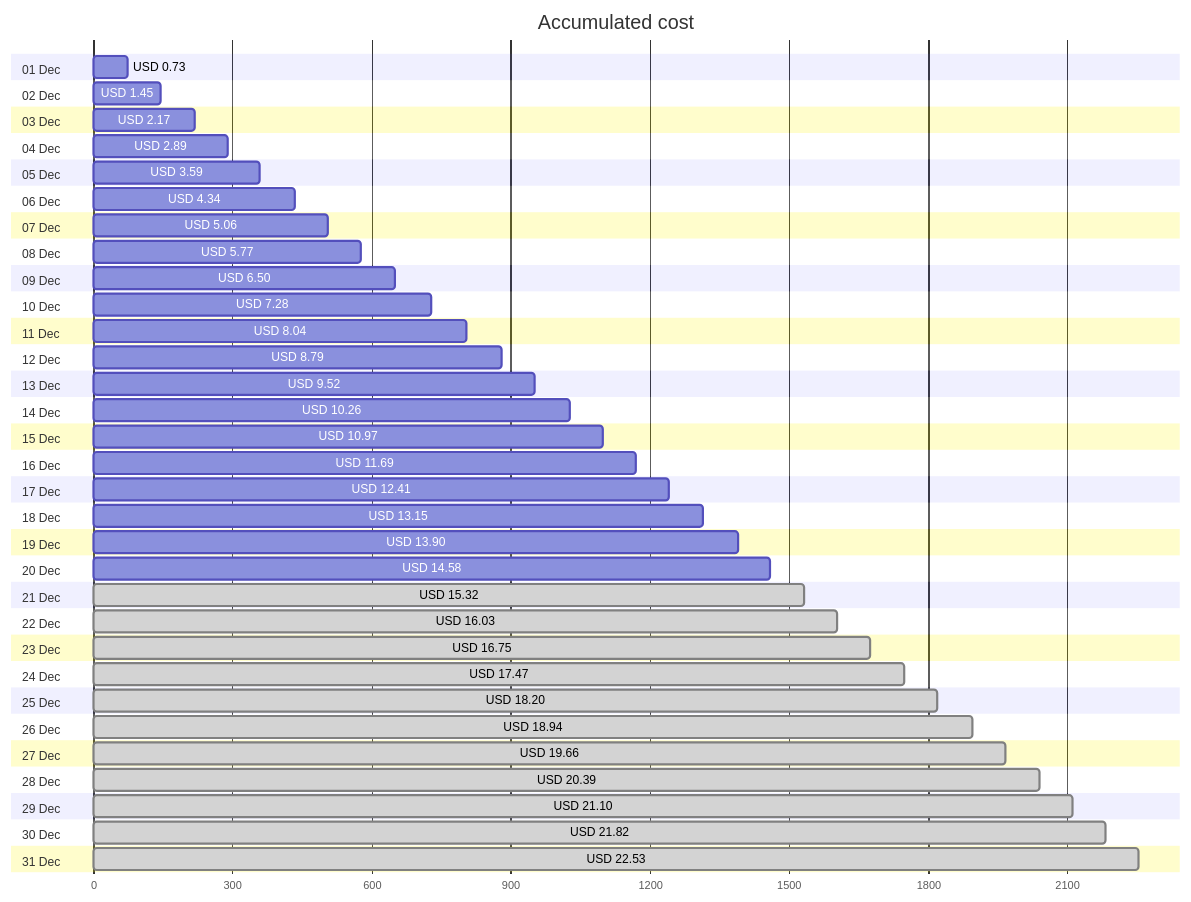
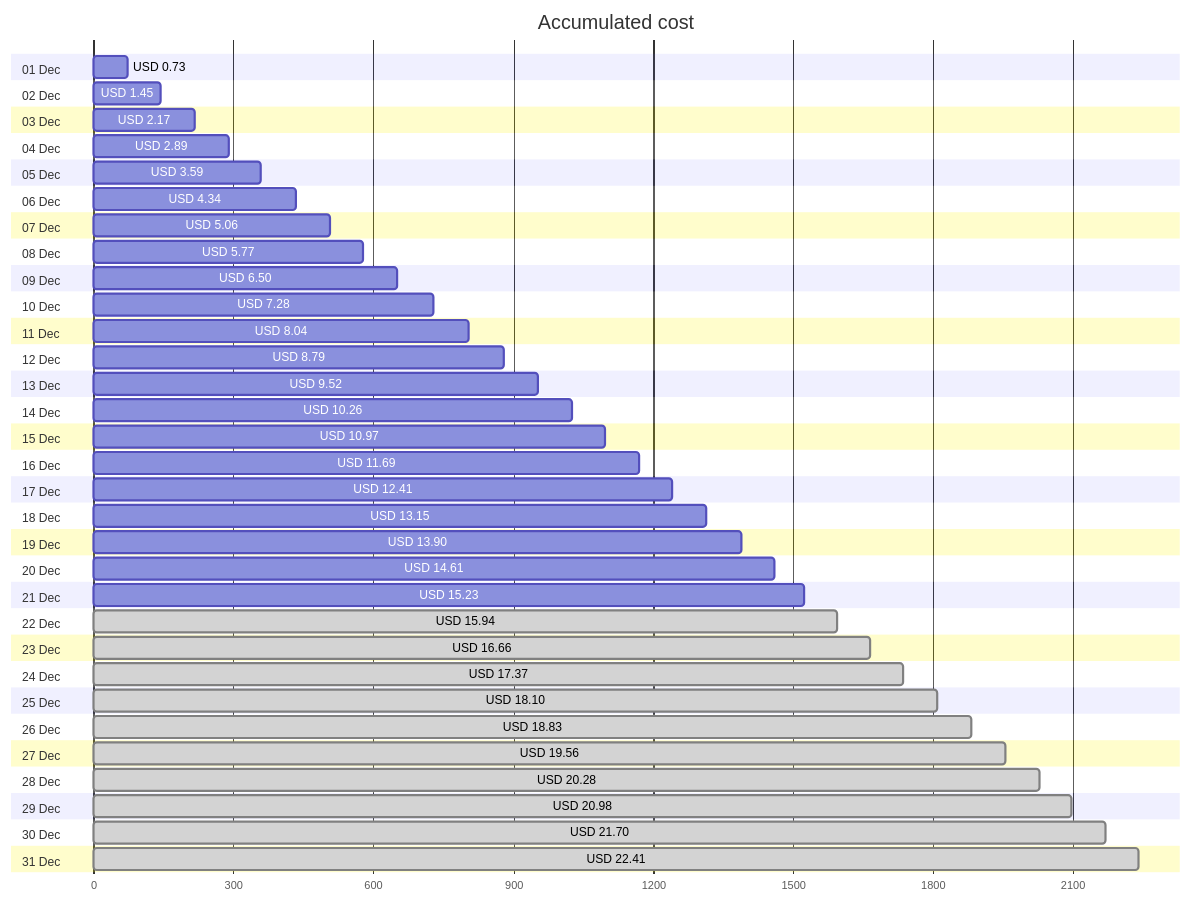
Before and after one commit to jpfulton/azure-personal-reports: the first of 4 diagrams in cost-reports/personal-network/backup-server-data-disk.md, drawn with Mermaid. The commit also changed other lines of this file and 8 other files, not shown here.

````diff
--- a/cost-reports/personal-network/backup-server-data-disk.md
+++ b/cost-reports/personal-network/backup-server-data-disk.md
@@ -20,68 +20,68 @@
 ```mermaid
 gantt
    title Accumulated cost
    dateFormat  X
    axisFormat %s
    section 01 Dec
    USD 0.73 :0, 73
    section 02 Dec
    USD 1.45 :0, 145
    section 03 Dec
    USD 2.17 :0, 217
    section 04 Dec
    USD 2.89 :0, 289
    section 05 Dec
    USD 3.59 :0, 359
    section 06 Dec
    USD 4.34 :0, 434
    section 07 Dec
    USD 5.06 :0, 506
    section 08 Dec
    USD 5.77 :0, 577
    section 09 Dec
    USD 6.50 :0, 650
    section 10 Dec
    USD 7.28 :0, 728
    section 11 Dec
    USD 8.04 :0, 804
    section 12 Dec
    USD 8.79 :0, 879
    section 13 Dec
    USD 9.52 :0, 952
    section 14 Dec
    USD 10.26 :0, 1026
    section 15 Dec
    USD 10.97 :0, 1097
    section 16 Dec
    USD 11.69 :0, 1169
    section 17 Dec
    USD 12.41 :0, 1241
    section 18 Dec
    USD 13.15 :0, 1315
    section 19 Dec
    USD 13.90 :0, 1390
    section 20 Dec
-   USD 14.58 :0, 1458
+   USD 14.61 :0, 1461
    section 21 Dec
-   USD 15.32 : done, 0, 1532
+   USD 15.23 :0, 1523
    section 22 Dec
-   USD 16.03 : done, 0, 1603
+   USD 15.94 : done, 0, 1594
    section 23 Dec
-   USD 16.75 : done, 0, 1675
+   USD 16.66 : done, 0, 1666
    section 24 Dec
-   USD 17.47 : done, 0, 1747
+   USD 17.37 : done, 0, 1737
    section 25 Dec
-   USD 18.20 : done, 0, 1820
+   USD 18.10 : done, 0, 1810
    section 26 Dec
-   USD 18.94 : done, 0, 1894
+   USD 18.83 : done, 0, 1883
    section 27 Dec
-   USD 19.66 : done, 0, 1966
+   USD 19.56 : done, 0, 1956
    section 28 Dec
-   USD 20.39 : done, 0, 2039
+   USD 20.28 : done, 0, 2028
    section 29 Dec
-   USD 21.10 : done, 0, 2110
+   USD 20.98 : done, 0, 2098
    section 30 Dec
-   USD 21.82 : done, 0, 2182
+   USD 21.70 : done, 0, 2170
    section 31 Dec
-   USD 22.53 : done, 0, 2253
+   USD 22.41 : done, 0, 2241
 ```
````
